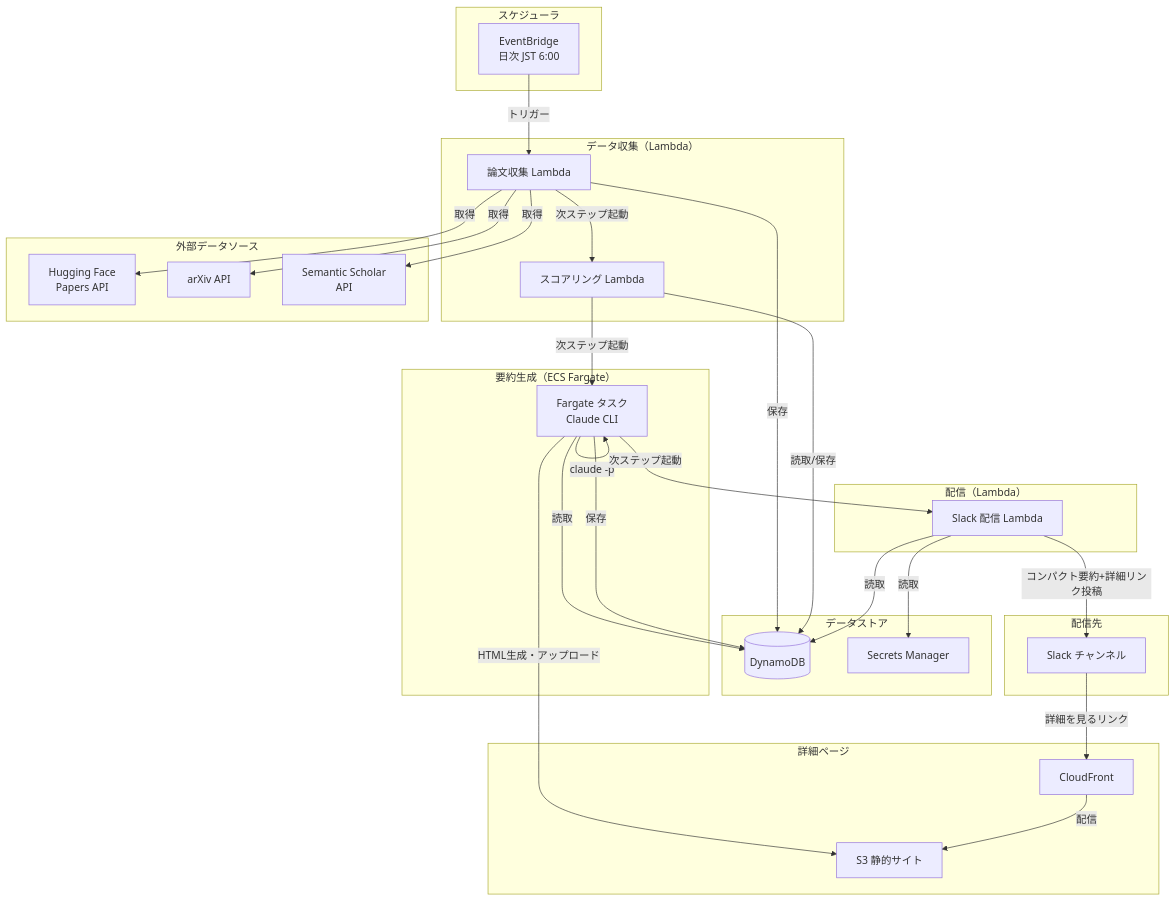
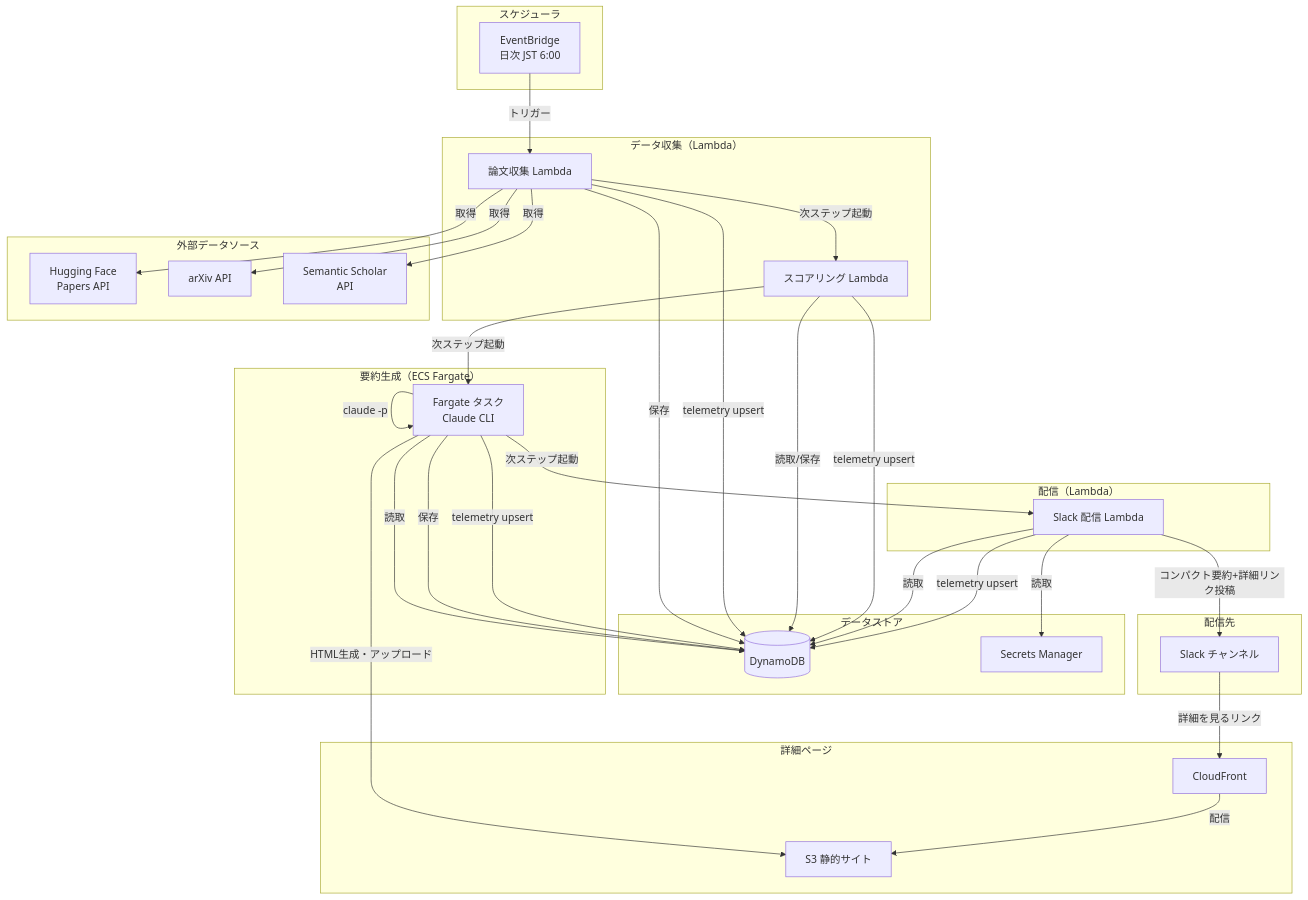
Before and after one commit to Shintaro-Abe/ai-papers-digest: the first of 8 diagrams in docs/functional-design.md, drawn with Mermaid. The commit also changed other lines of this file and 4 other files, not shown here.

````diff
--- a/docs/functional-design.md
+++ b/docs/functional-design.md
@@ -7,59 +7,63 @@
 ```mermaid
 graph TB
     subgraph "スケジューラ"
         EB[EventBridge<br/>日次 JST 6:00]
     end
 
     subgraph "データ収集（Lambda）"
         L1[論文収集 Lambda]
         L2[スコアリング Lambda]
     end
 
     subgraph "外部データソース"
         HF[Hugging Face<br/>Papers API]
         AR[arXiv API]
         SS[Semantic Scholar<br/>API]
     end
 
     subgraph "要約生成（ECS Fargate）"
         ECS[Fargate タスク<br/>Claude CLI]
     end
 
     subgraph "配信（Lambda）"
         L3[Slack 配信 Lambda]
     end
 
     subgraph "データストア"
         DDB[(DynamoDB)]
         SM[Secrets Manager]
     end
 
     subgraph "詳細ページ"
         S3[S3 静的サイト]
         CF[CloudFront]
     end
 
     subgraph "配信先"
         SL[Slack チャンネル]
     end
 
     EB -->|トリガー| L1
     L1 -->|取得| HF
     
     L1 -->|取得| AR
     L1 -->|取得| SS
     L1 -->|保存| DDB
+    L1 -->|telemetry upsert| DDB
     L1 -->|次ステップ起動| L2
     L2 -->|読取/保存| DDB
+    L2 -->|telemetry upsert| DDB
     L2 -->|次ステップ起動| ECS
     ECS -->|読取| DDB
     ECS -->|claude -p| ECS
     ECS -->|保存| DDB
     ECS -->|HTML生成・アップロード| S3
+    ECS -->|telemetry upsert| DDB
     ECS -->|次ステップ起動| L3
     L3 -->|読取| DDB
     L3 -->|読取| SM
+    L3 -->|telemetry upsert| DDB
     L3 -->|コンパクト要約+詳細リンク投稿| SL
     SL -->|詳細を見るリンク| CF
     CF -->|配信| S3
 ```
````
